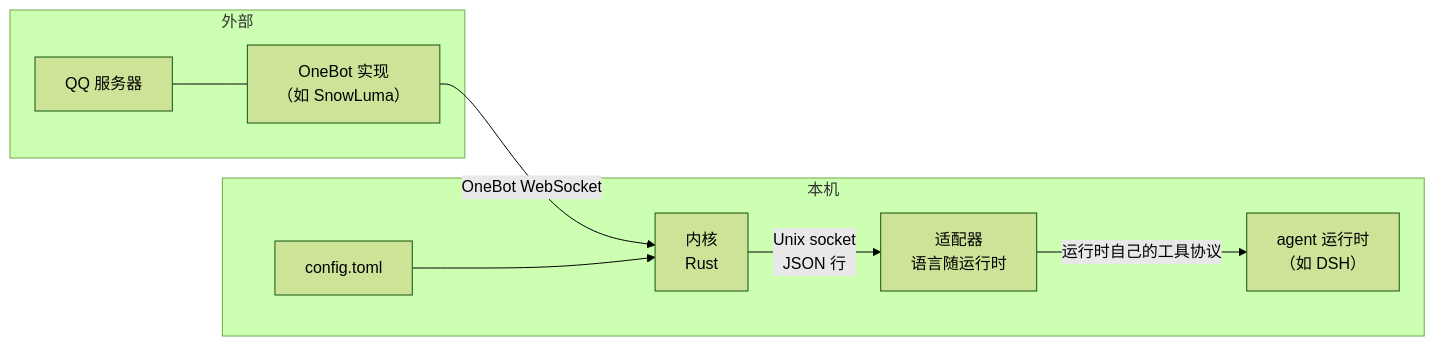
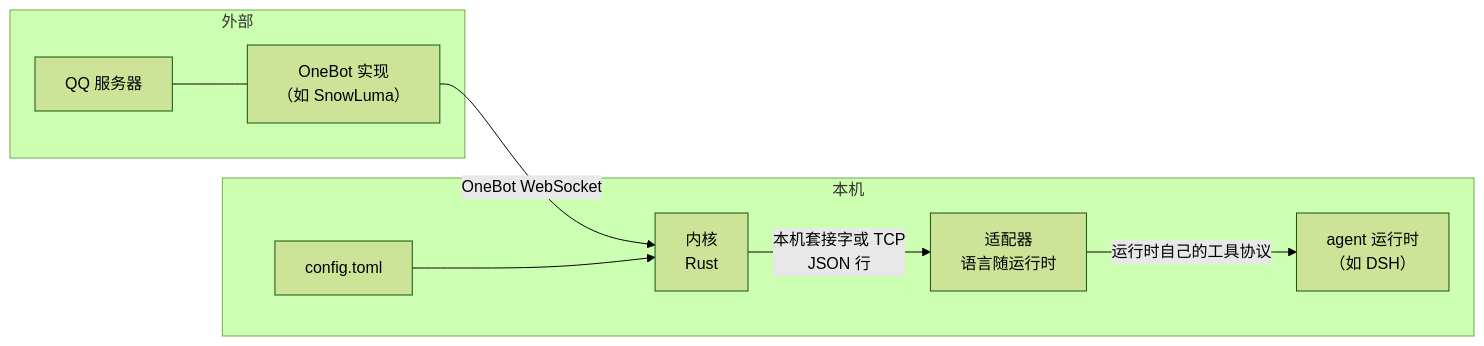
The first of 2 diagrams in docs/architecture/01-overview.md (DataEraserC/qq-bridge), drawn with Mermaid (forest theme) before and after one commit. The commit also changed other lines of this file and 23 other files, not shown here.

````diff
--- a/docs/architecture/01-overview.md
+++ b/docs/architecture/01-overview.md
@@ -9,18 +9,18 @@
 ```mermaid
 flowchart LR
     subgraph ext[外部]
         QQ["QQ 服务器"]
         SN["OneBot 实现<br/>（如 SnowLuma）"]
     end
     subgraph host[本机]
         CFG["config.toml"]
         K["内核<br/>Rust"]
         A["适配器<br/>语言随运行时"]
         RT["agent 运行时<br/>（如 DSH）"]
     end
     QQ --- SN
     SN -- "OneBot WebSocket" --> K
     CFG --> K
-    K -- "Unix socket<br/>JSON 行" --> A
+    K -- "本机套接字或 TCP<br/>JSON 行" --> A
     A -- "运行时自己的工具协议" --> RT
 ```
````
